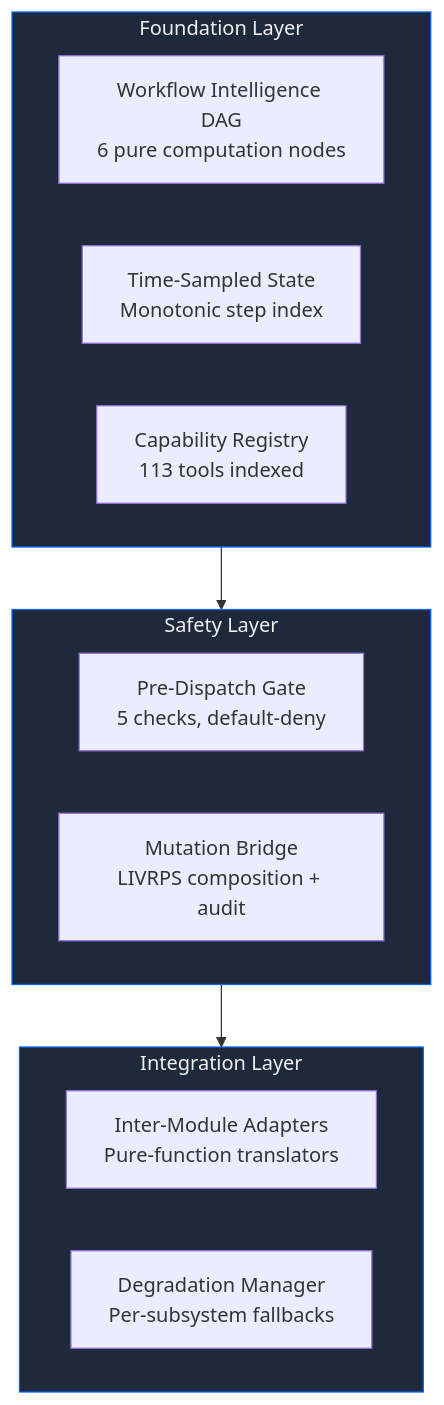
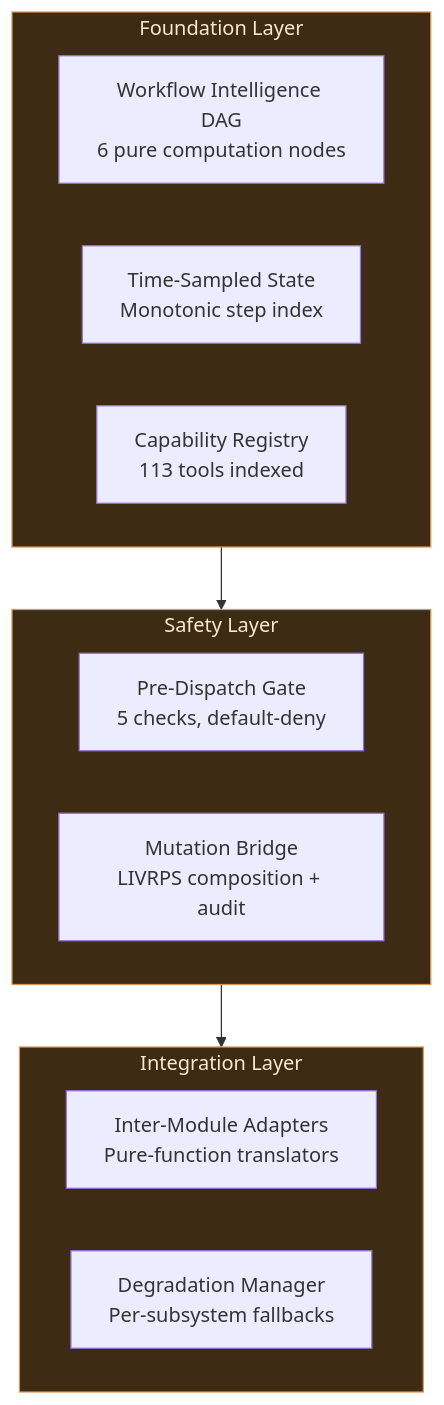
One commit to JosephOIbrahim/Comfy-Cozy changed diagram 15 of 25 in README.md. Above: the diagram before and after it, drawn with Mermaid. The commit also changed other lines of this file, not shown here.

First line of the commit message:
[DOCS] Unify mermaid palette across 25 diagrams (warm amber/brown)

````diff
--- a/README.md
+++ b/README.md
@@ -755,24 +755,24 @@
 ```mermaid
 graph TB
     subgraph Foundation ["Foundation Layer"]
         DAG["Workflow Intelligence DAG<br/>6 pure computation nodes"]
         OBS["Time-Sampled State<br/>Monotonic step index"]
         CAP["Capability Registry<br/>113 tools indexed"]
     end
 
     subgraph Safety ["Safety Layer"]
         GATE["Pre-Dispatch Gate<br/>5 checks, default-deny"]
         BRIDGE["Mutation Bridge<br/>LIVRPS composition + audit"]
     end
 
     subgraph Integration ["Integration Layer"]
         ADAPT["Inter-Module Adapters<br/>Pure-function translators"]
         DEGRADE["Degradation Manager<br/>Per-subsystem fallbacks"]
     end
 
     Foundation --> Safety --> Integration
 
-    style Foundation fill:#1e293b,color:#F0F0F0,stroke:#0066FF
-    style Safety fill:#1e293b,color:#F0F0F0,stroke:#0066FF
-    style Integration fill:#1e293b,color:#F0F0F0,stroke:#0066FF
+    style Foundation fill:#3d2b14,color:#fde8cf,stroke:#d99458
+    style Safety fill:#3d2b14,color:#fde8cf,stroke:#d99458
+    style Integration fill:#3d2b14,color:#fde8cf,stroke:#d99458
 ```
````
